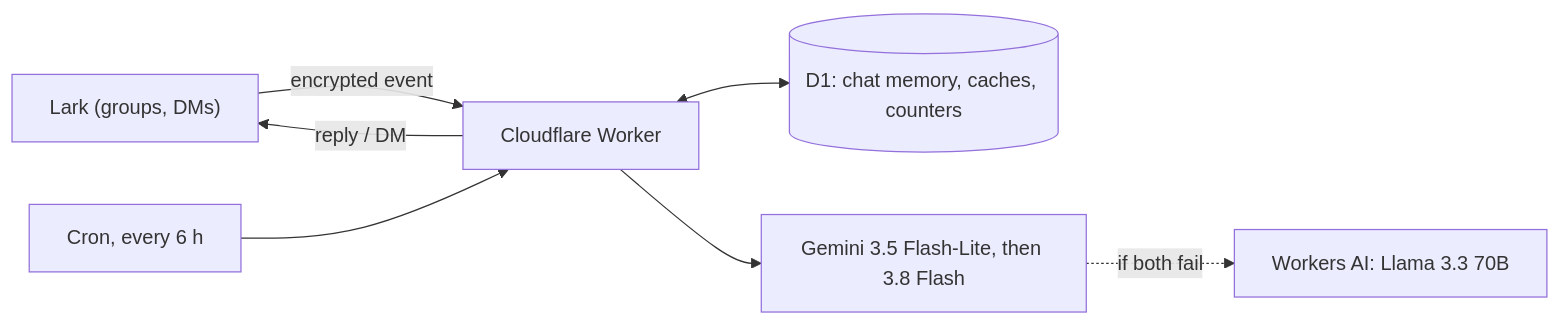
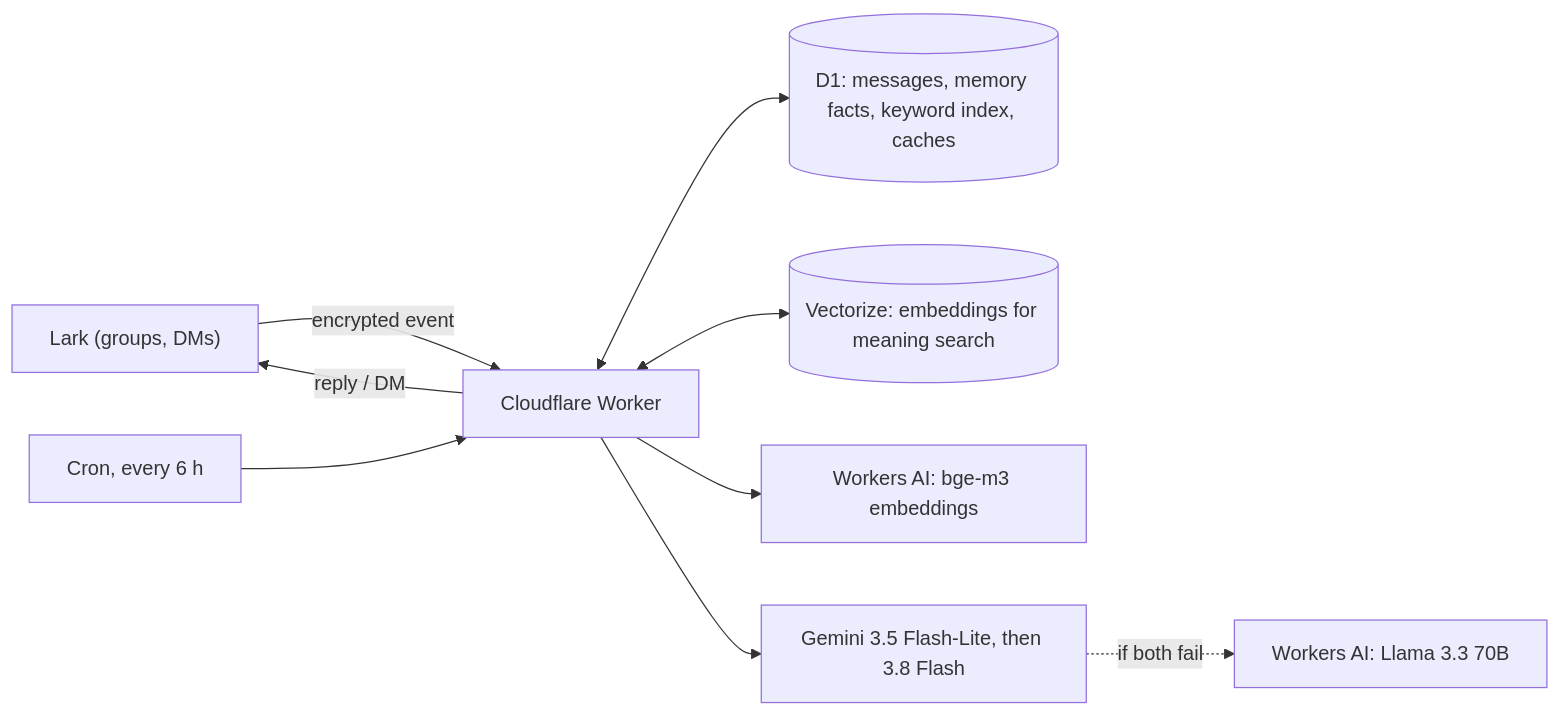
Before and after one commit to yijay-k/lark-agent: the diagram in README.md, drawn with Mermaid. The commit also changed other lines of this file and 20 other files, not shown here.

````diff
--- a/README.md
+++ b/README.md
@@ -23,9 +24,11 @@
 ```mermaid
 flowchart LR
     Lark["Lark (groups, DMs)"] -- "encrypted event" --> Worker["Cloudflare Worker"]
     Worker -- "reply / DM" --> Lark
-    Worker <--> D1[("D1: chat memory, caches, counters")]
+    Worker <--> D1[("D1: messages, memory facts, keyword index, caches")]
+    Worker <--> Vec[("Vectorize: embeddings for meaning search")]
+    Worker --> Emb["Workers AI: bge-m3 embeddings"]
     Worker --> Gemini["Gemini 3.5 Flash-Lite, then 3.8 Flash"]
     Gemini -. "if both fail" .-> Llama["Workers AI: Llama 3.3 70B"]
     Cron["Cron, every 6 h"] --> Worker
 ```
````
